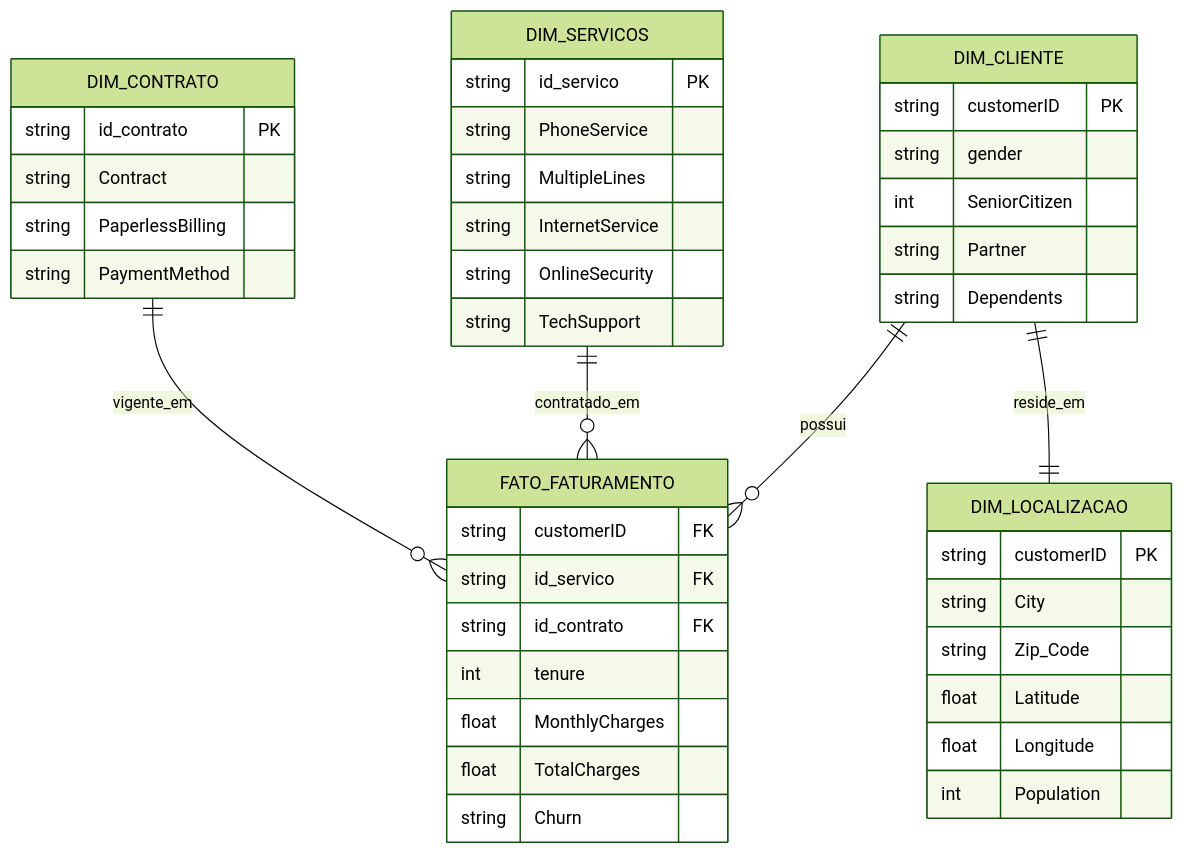
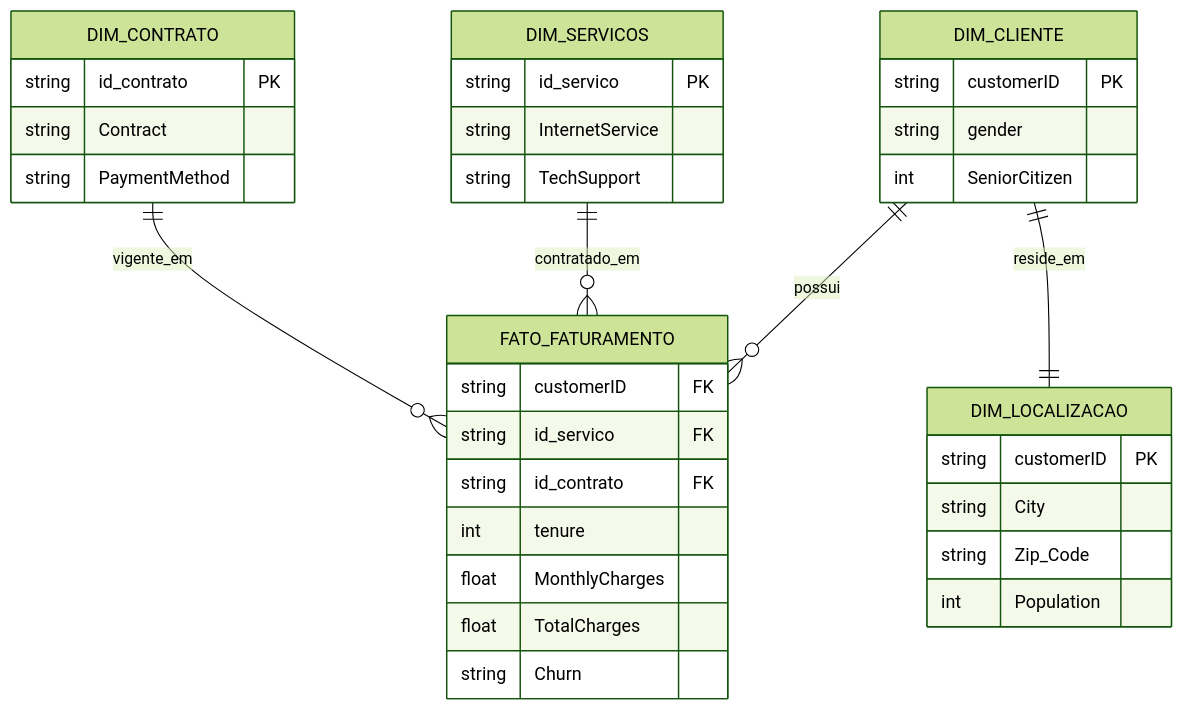
Before and after one commit to hmaiac-ops/MVP-Engenharia-de-dados: the diagram in README.md, drawn with Mermaid (forest theme). The commit also changed other lines of this file, not shown here.

````diff
--- a/README.md
+++ b/README.md
@@ -8,46 +40,38 @@
 ```mermaid
 erDiagram
   DIM_CLIENTE ||--o{ FATO_FATURAMENTO : possui
   DIM_SERVICOS ||--o{ FATO_FATURAMENTO : contratado_em
   DIM_CONTRATO ||--o{ FATO_FATURAMENTO : vigente_em
   DIM_CLIENTE ||--|| DIM_LOCALIZACAO : reside_em
 
   DIM_CLIENTE {
     string customerID PK
     string gender
     int SeniorCitizen
-    string Partner
-    string Dependents
   }
   DIM_SERVICOS {
     string id_servico PK
-    string PhoneService
-    string MultipleLines
     string InternetService
-    string OnlineSecurity
     string TechSupport
   }
   DIM_CONTRATO {
     string id_contrato PK
     string Contract
-    string PaperlessBilling
     string PaymentMethod
   }
   DIM_LOCALIZACAO {
     string customerID PK
     string City
     string Zip_Code
-    float Latitude
-    float Longitude
     int Population
   }
   FATO_FATURAMENTO {
     string customerID FK
     string id_servico FK
     string id_contrato FK
     int tenure
     float MonthlyCharges
     float TotalCharges
     string Churn
   }
 ```
````
